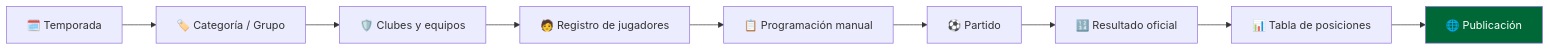
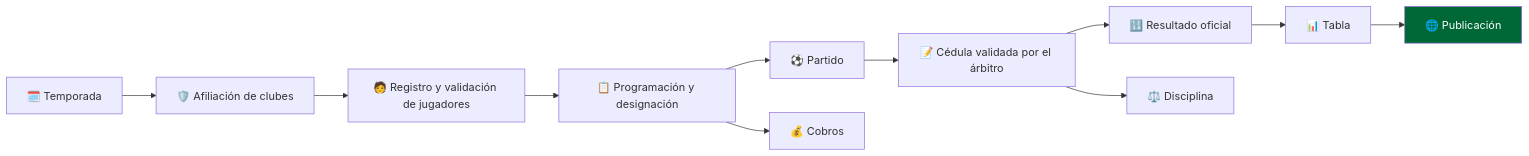
The first of 2 diagrams in README.md (israelweil/SIGLIM), drawn with Mermaid before and after one commit. The commit also changed other lines of this file and 6 other files, not shown here.

````diff
--- a/README.md
+++ b/README.md
@@ -47,12 +47,14 @@
 ```mermaid
 flowchart LR
-    A[🗓️ Temporada] --> B[🏷️ Categoría / Grupo]
-    B --> C[🛡️ Clubes y equipos]
-    C --> D[🧑 Registro de jugadores]
-    D --> E[📋 Programación manual]
-    E --> F[⚽ Partido]
+    A[🗓️ Temporada] --> B[🛡️ Afiliación de clubes]
+    B --> C[🧑 Registro y validación de jugadores]
+    C --> D[📋 Programación y designación]
+    D --> E[⚽ Partido]
+    E --> F[📝 Cédula validada por el árbitro]
     F --> G[🔢 Resultado oficial]
-    G --> H[📊 Tabla de posiciones]
+    G --> H[📊 Tabla]
     H --> I[🌐 Publicación]
+    F --> J[⚖️ Disciplina]
+    D --> K[💰 Cobros]
     style I fill:#006837,color:#fff
 ```
````
